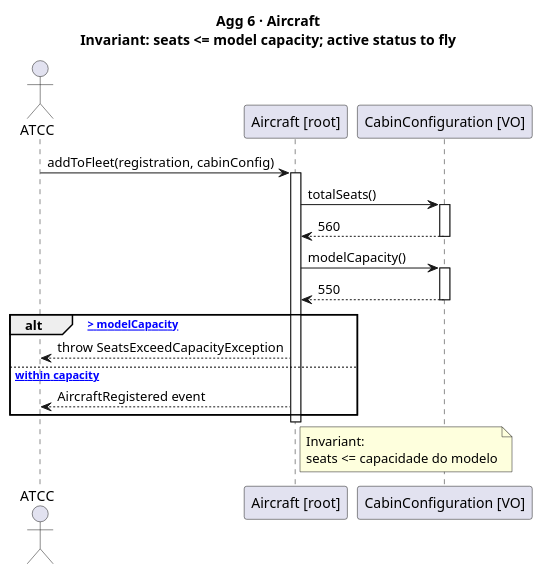
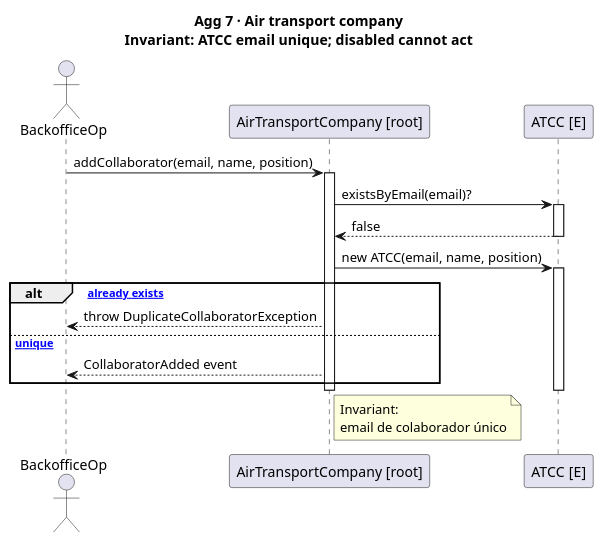
The diagram in docs/Agg06.puml (DuartePinto1240/sem4pi2526-sem4pi2526_2da2), drawn with PlantUML before and after one commit. The commit also changed 12 other files, not shown here.

```diff
--- a/docs/Agg06.puml
+++ b/docs/Agg06.puml
@@ -1,34 +1,33 @@
-@startuml US011_Agg06_Aircraft
-title Agg 6 · Aircraft\nInvariant: seats <= model capacity; active status to fly
+@startuml US011_Agg07_AirTransportCompany
+title Agg 7 · Air transport company\nInvariant: ATCC email unique; disabled cannot act
 
-actor ATCC
-participant "Aircraft [root]" as Aircraft
-participant "CabinConfiguration [VO]" as Cabin
+actor "BackofficeOp" as Op
+participant "AirTransportCompany [root]" as ATC
+participant "ATCC [E]" as ATCC
 
-ATCC -> Aircraft : addToFleet(registration, cabinConfig)
-activate Aircraft
+Op -> ATC : addCollaborator(email, name, position)
+activate ATC
 
-Aircraft -> Cabin : totalSeats()
-activate Cabin
-Cabin --> Aircraft : 560
-deactivate Cabin
+ATC -> ATCC : existsByEmail(email)?
+activate ATCC
+ATCC --> ATC : false
+deactivate ATCC
 
-Aircraft -> Cabin : modelCapacity()
-activate Cabin
-Cabin --> Aircraft : 550
-deactivate Cabin
+ATC -> ATCC : new ATCC(email, name, position)
+activate ATCC
 
-alt [totalSeats > modelCapacity]
-    Aircraft --> ATCC : throw SeatsExceedCapacityException
-else [seats within capacity]
-    Aircraft --> ATCC : AircraftRegistered event
+alt [email already exists]
+    ATC --> Op : throw DuplicateCollaboratorException
+else [email unique]
+    ATC --> Op : CollaboratorAdded event
 end
 
-deactivate Aircraft
+deactivate ATCC
+deactivate ATC
 
-note right of Aircraft
+note right of ATC
   Invariant:
-  seats <= capacidade do modelo
+  email de colaborador único
 end note
 
 @enduml
```
